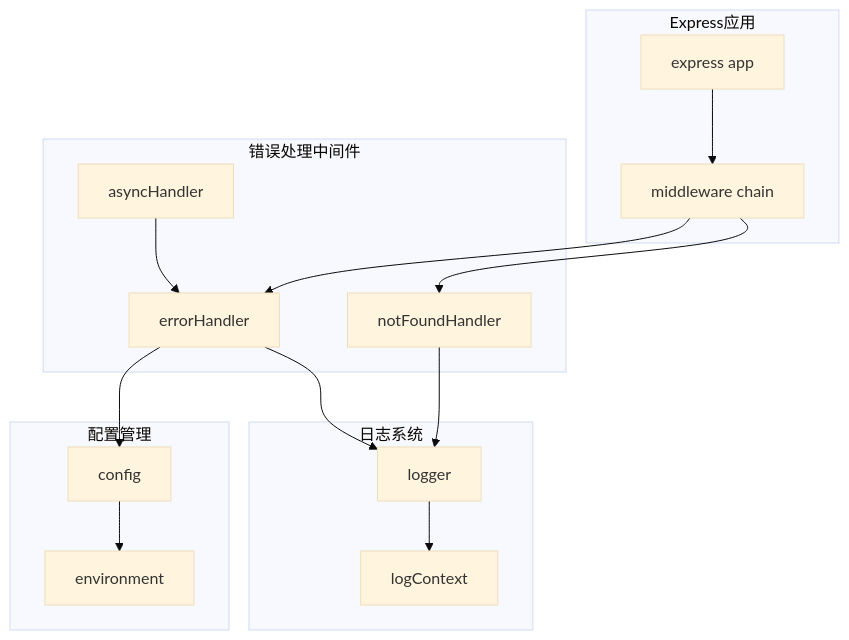
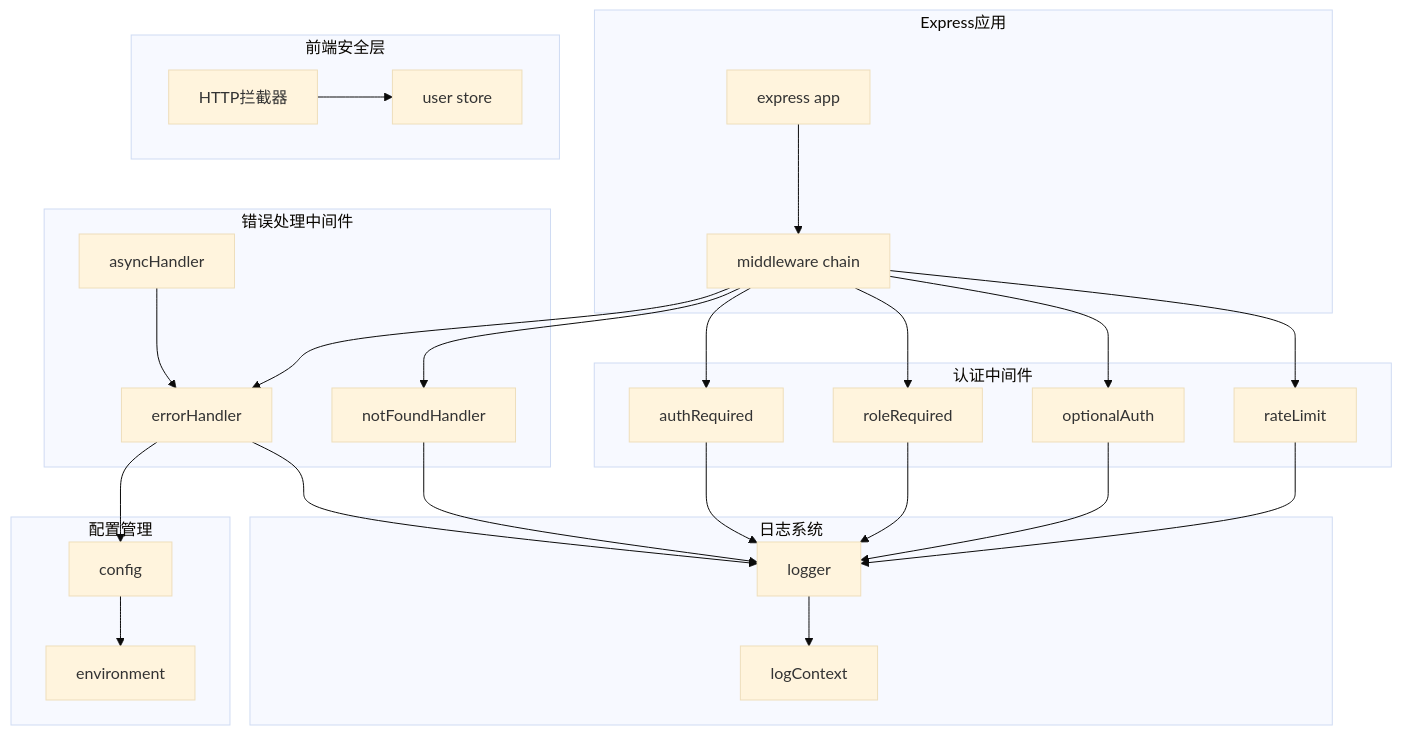
Before and after one commit to Giraffe-Han/microAPP: the tenth of 10 diagrams in .qoder/repowiki/zh/content/后端服务架构/核心服务模块/中间件系统/错误处理中间件.md, drawn with Mermaid (base theme). The commit also changed other lines of this file and 6 other files, not shown here.

````diff
--- a/.qoder/repowiki/zh/content/后端服务架构/核心服务模块/中间件系统/错误处理中间件.md
+++ b/.qoder/repowiki/zh/content/后端服务架构/核心服务模块/中间件系统/错误处理中间件.md
@@ -280,29 +412,48 @@
 ```mermaid
 graph TB
 subgraph "错误处理中间件"
 EH[errorHandler]
 NF[notFoundHandler]
 AH[asyncHandler]
+end
+subgraph "认证中间件"
+AM[authRequired]
+RM[roleRequired]
+OM[optionalAuth]
+RL[rateLimit]
 end
 subgraph "日志系统"
 LG[logger]
 LC[logContext]
 end
 subgraph "配置管理"
 CF[config]
 ENV[environment]
 end
 subgraph "Express应用"
 EX[express app]
 MW[middleware chain]
 end
+subgraph "前端安全层"
+HTTP[HTTP拦截器]
+US[user store]
+end
 EH --> LG
 EH --> CF
 NF --> LG
 AH --> EH
+AM --> LG
+RM --> LG
+OM --> LG
+RL --> LG
 LG --> LC
 CF --> ENV
 EX --> MW
 MW --> EH
 MW --> NF
+MW --> AM
+MW --> RM
+MW --> OM
+MW --> RL
+HTTP --> US
 ```
````
